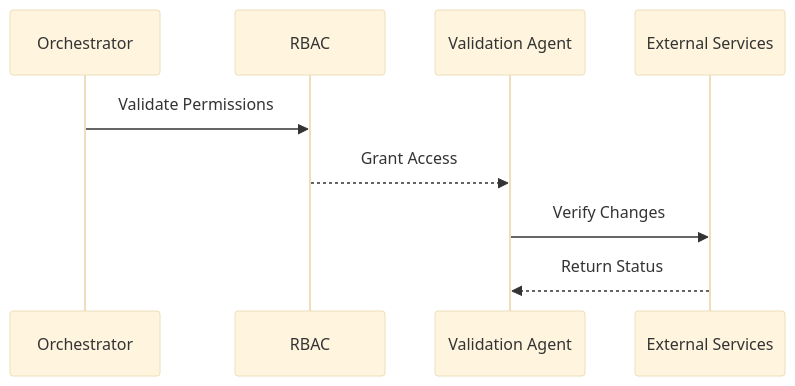
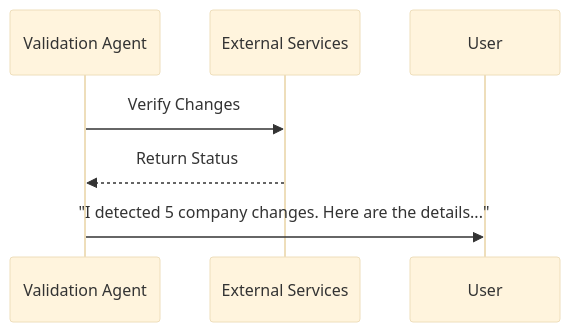
Before and after one commit to jenishIC/documents: the eighth of 10 diagrams in agentic_usecase.md, drawn with Mermaid (base theme). The commit also changed other lines of this file, not shown here.

````diff
--- a/agentic_usecase.md
+++ b/agentic_usecase.md
@@ -70,7 +255,6 @@
    ```mermaid
    sequenceDiagram
-   Orchestrator->>RBAC: Validate Permissions
-   RBAC-->>Validation Agent: Grant Access
    Validation Agent->>External Services: Verify Changes
    External Services-->>Validation Agent: Return Status
+   Validation Agent->>User: "I detected 5 company changes. Here are the details..."
    ```
````
